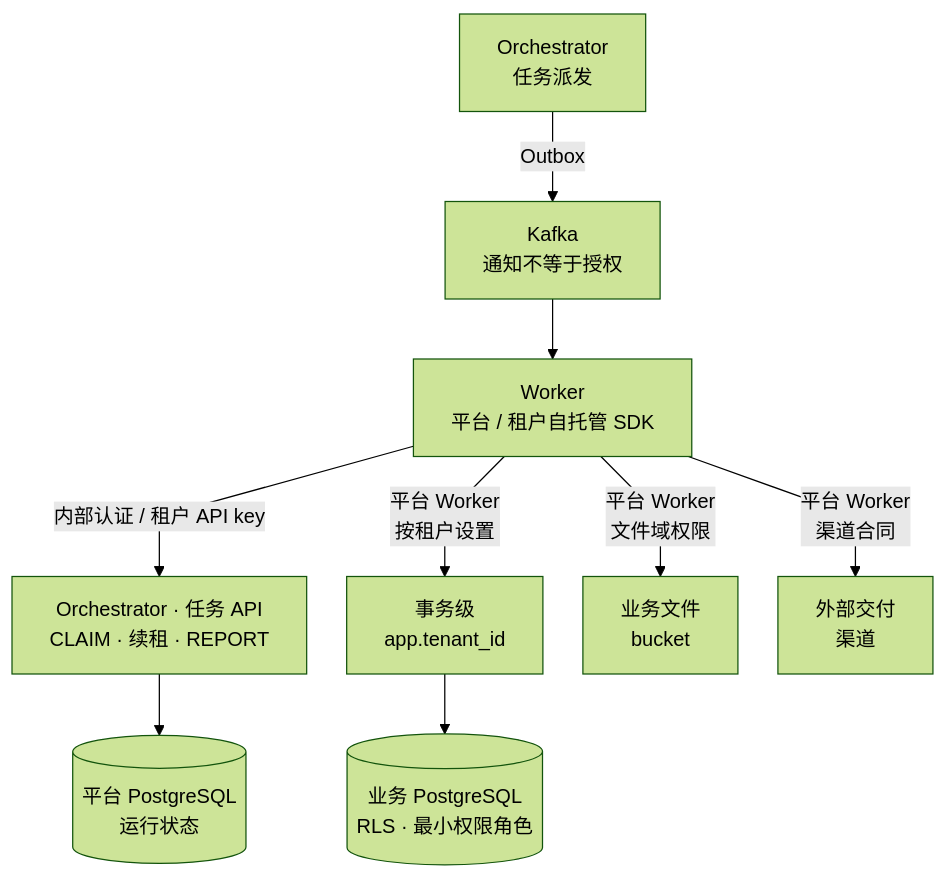
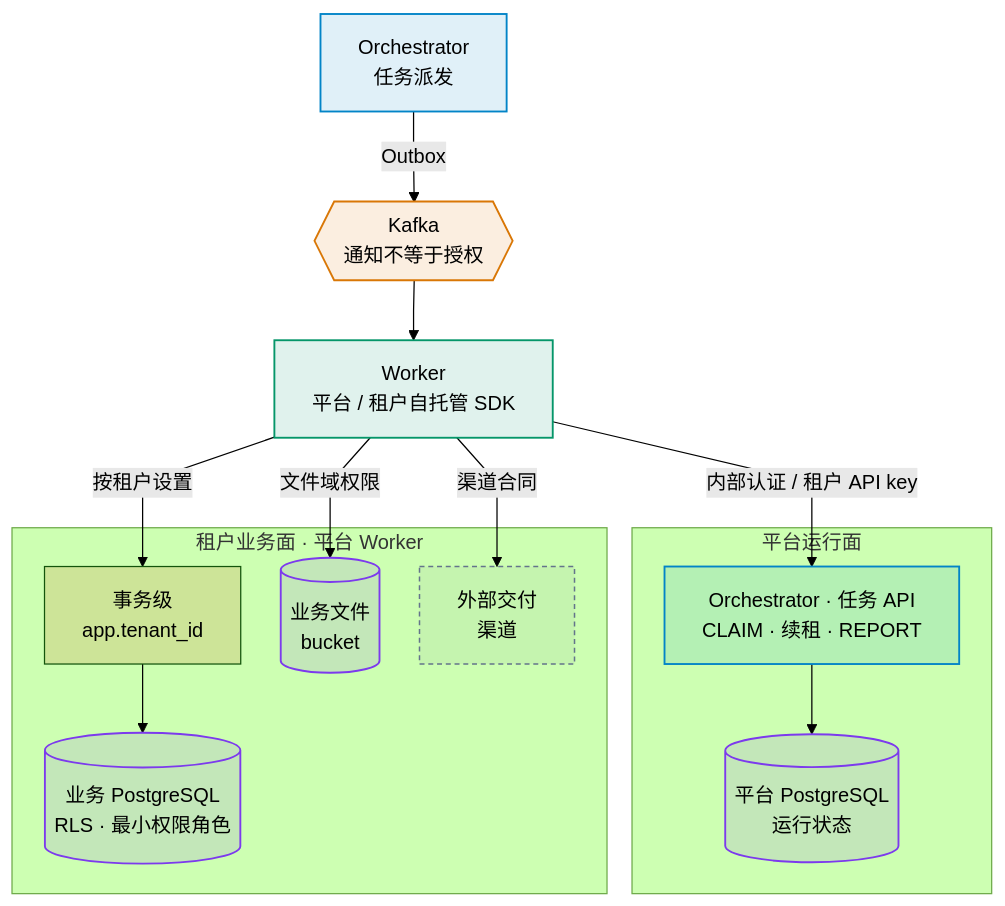
Before and after one commit to pinpols/file-batch-system: the second of 2 diagrams in docs/architecture/security-model.md, drawn with Mermaid (forest theme). The commit also changed other lines of this file and 9 other files, not shown here.

First line of the commit message:
docs(architecture): unify styling of the navigation architecture diagrams (#1365)

````diff
--- a/docs/architecture/security-model.md
+++ b/docs/architecture/security-model.md
@@ -47,12 +60,33 @@
 ```mermaid
 %%{init: {"flowchart":{"curve":"linear","nodeSpacing":32,"rankSpacing":48},"sequence":{"mirrorActors":false}}}%%
 flowchart TB
-  DISP["Orchestrator<br/>任务派发"] -->|"Outbox"| K["Kafka<br/>通知不等于授权"]
-  K --> W["Worker<br/>平台 / 租户自托管 SDK"]
-  W -->|"内部认证 / 租户 API key"| API["Orchestrator · 任务 API<br/>CLAIM · 续租 · REPORT"]
-  API --> PG[("平台 PostgreSQL<br/>运行状态")]
-  W -->|"平台 Worker<br/>按租户设置"| R["事务级<br/>app.tenant_id"]
-  R --> BP[("业务 PostgreSQL<br/>RLS · 最小权限角色")]
-  W -->|"平台 Worker<br/>文件域权限"| BF["业务文件<br/>bucket"]
-  W -->|"平台 Worker<br/>渠道合同"| X["外部交付<br/>渠道"]
+
+  DISP["Orchestrator<br/>任务派发"]:::control
+  K{{"Kafka<br/>通知不等于授权"}}:::mq
+  W["Worker<br/>平台 / 租户自托管 SDK"]:::worker
+  subgraph PLATFORM["平台运行面"]
+    API["Orchestrator · 任务 API<br/>CLAIM · 续租 · REPORT"]:::control
+    PG[("平台 PostgreSQL<br/>运行状态")]:::store
+  end
+  subgraph TENANT["租户业务面 · 平台 Worker"]
+    R["事务级<br/>app.tenant_id"]
+    BP[("业务 PostgreSQL<br/>RLS · 最小权限角色")]:::store
+    BF[("业务文件<br/>bucket")]:::store
+    X["外部交付<br/>渠道"]:::ext
+  end
+  DISP -->|"Outbox"| K
+  K --> W
+  W -->|"内部认证 / 租户 API key"| API
+  API --> PG
+  W -->|"按租户设置"| R
+  R --> BP
+  W -->|"文件域权限"| BF
+  W -->|"渠道合同"| X
+  classDef entry fill:#6366f11f,stroke:#6366f1,stroke-width:1.5px
+  classDef control fill:#0284c71f,stroke:#0284c7,stroke-width:1.5px
+  classDef mq fill:#d977061f,stroke:#d97706,stroke-width:1.5px
+  classDef worker fill:#0596691f,stroke:#059669,stroke-width:1.5px
+  classDef store fill:#7c3aed1f,stroke:#7c3aed,stroke-width:1.5px
+  classDef ext fill:#64748b14,stroke:#64748b,stroke-width:1.2px,stroke-dasharray:4 3
+  classDef lib fill:#64748b14,stroke:#64748b,stroke-width:1.2px
 ```
````
